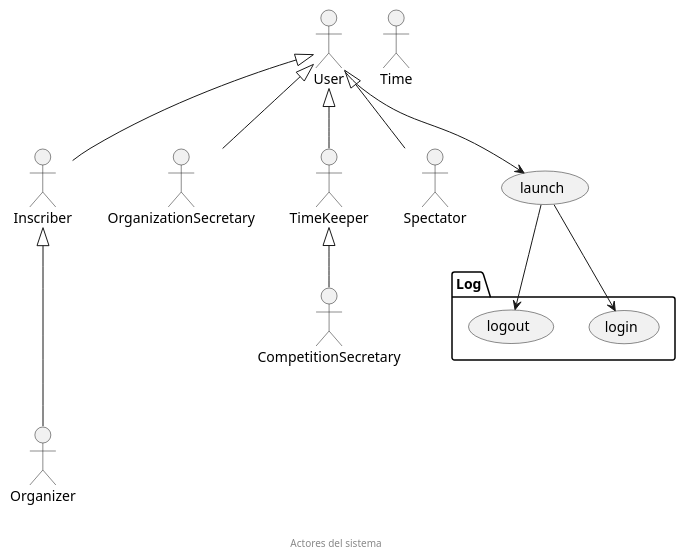
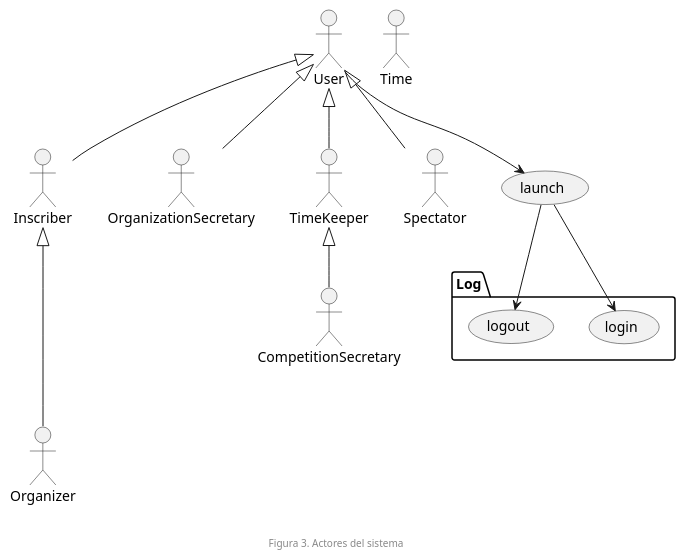
The diagram in diagrams/usecases/actors.puml (zuldare/mastercloud_pfm_halterocms), drawn with PlantUML before and after one commit. The commit also changed 12 other files, not shown here.

```diff
--- a/diagrams/usecases/actors.puml
+++ b/diagrams/usecases/actors.puml
@@ -1,32 +1,32 @@
 @startuml
 
 actor Organizer as Organizer
 actor Inscriber as Inscriber
 actor OrganizationSecretary as OrganizationSecretary
 actor Time as Time
 actor TimeKeeper as TimeKeeper
 actor Spectator as Spectator
 actor CompetitionSecretary as CompetitionSecretary
 actor User
 
 
 package Log {
   usecase login
   usecase logout
 }
 
 usecase launch
 
 User --> launch
 launch --> login
 launch --> logout
 
 User <|-- OrganizationSecretary
 User <|-- TimeKeeper
 User <|-- Spectator
 User <|-- Inscriber
 TimeKeeper <|-- CompetitionSecretary
 Inscriber <|--- Organizer
 
-footer \n\nActores del sistema
+footer \n\nFigura 3. Actores del sistema
 @enduml
```
